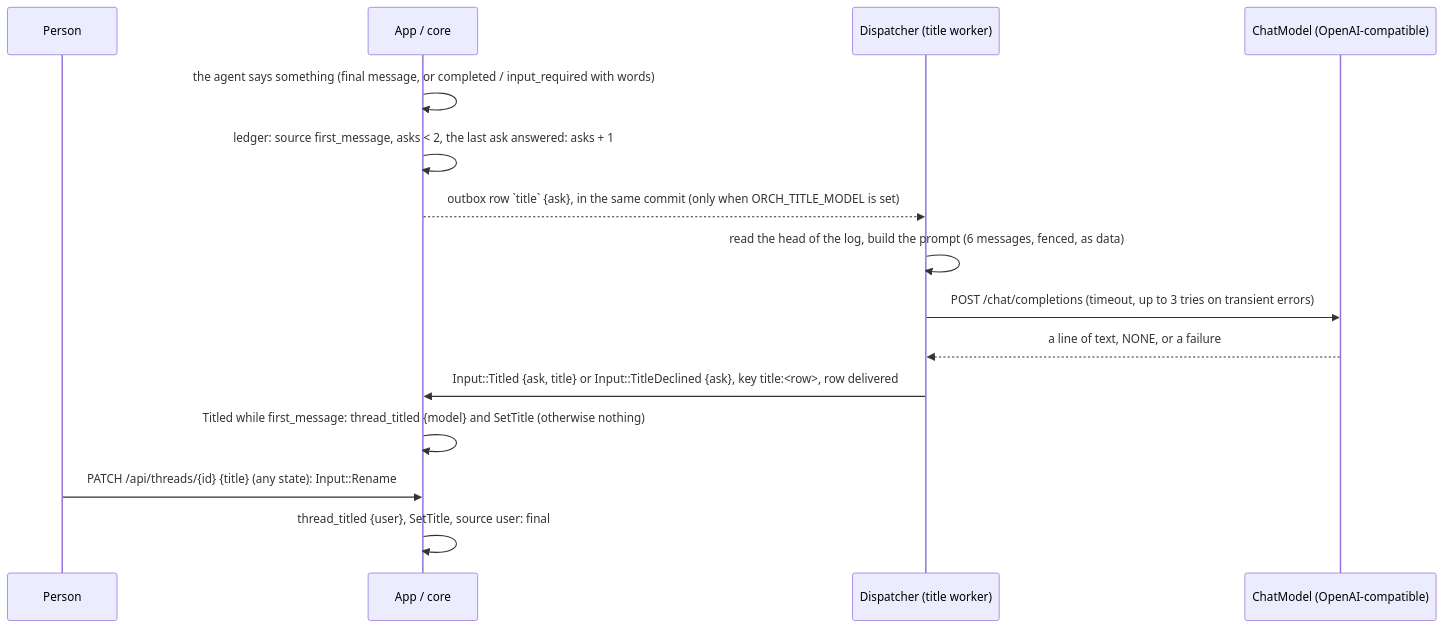
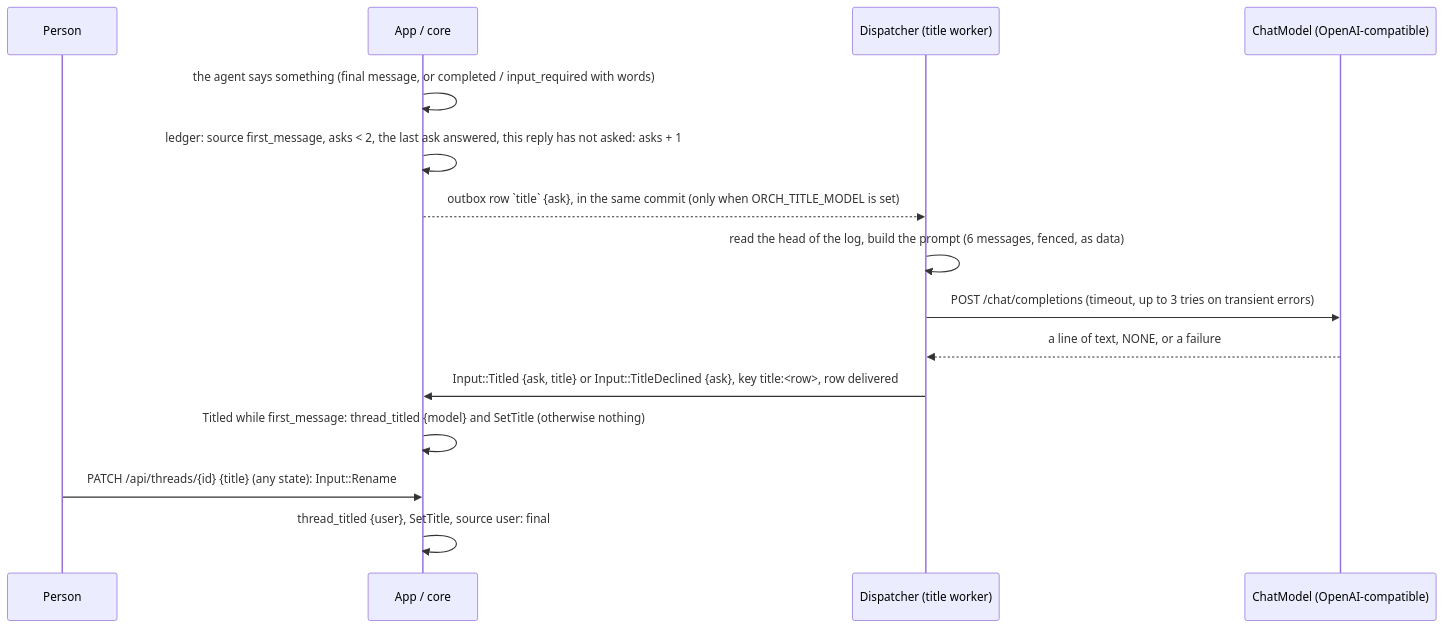
Diagram 16 of 28 in docs/orchestrator.md (vymalo/another-agentic-system), drawn with Mermaid before and after one commit. The commit also changed other lines of this file and 9 other files, not shown here.

````diff
--- a/docs/orchestrator.md
+++ b/docs/orchestrator.md
@@ -964,17 +964,17 @@
 ```mermaid
 sequenceDiagram
   participant P as Person
   participant A as App / core
   participant D as Dispatcher (title worker)
   participant M as ChatModel (OpenAI-compatible)
   A->>A: the agent says something (final message, or completed / input_required with words)
-  A->>A: ledger: source first_message, asks < 2, the last ask answered: asks + 1
+  A->>A: ledger: source first_message, asks < 2, the last ask answered, this reply has not asked: asks + 1
   A-->>D: outbox row `title` {ask}, in the same commit (only when ORCH_TITLE_MODEL is set)
   D->>D: read the head of the log, build the prompt (6 messages, fenced, as data)
   D->>M: POST /chat/completions (timeout, up to 3 tries on transient errors)
   M-->>D: a line of text, NONE, or a failure
   D->>A: Input::Titled {ask, title} or Input::TitleDeclined {ask}, key title:<row>, row delivered
   A->>A: Titled while first_message: thread_titled {model} and SetTitle (otherwise nothing)
   P->>A: PATCH /api/threads/{id} {title} (any state): Input::Rename
   A->>A: thread_titled {user}, SetTitle, source user: final
 ```
````
